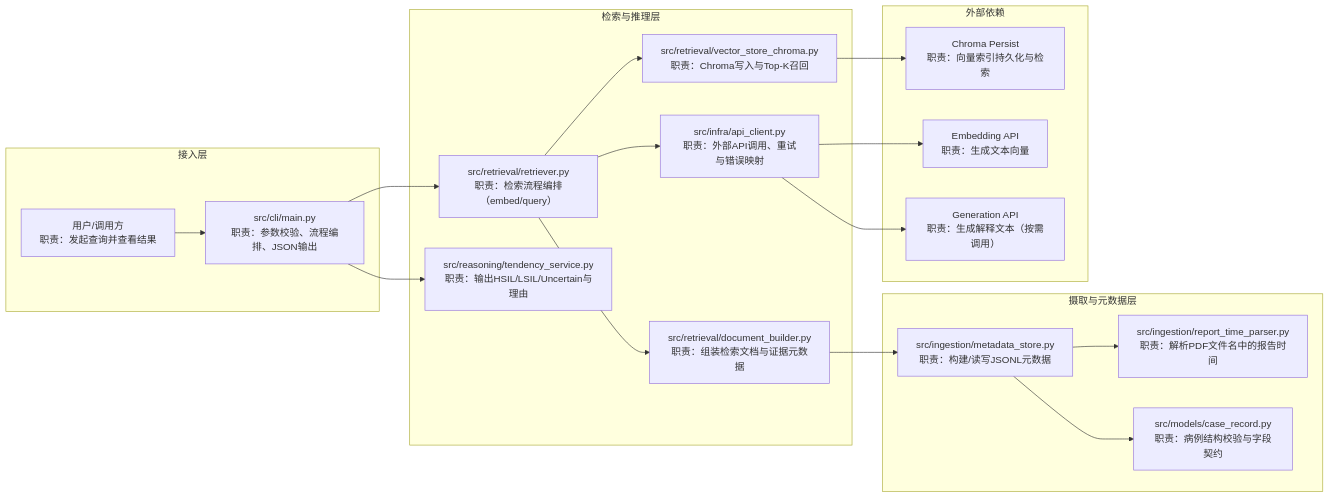
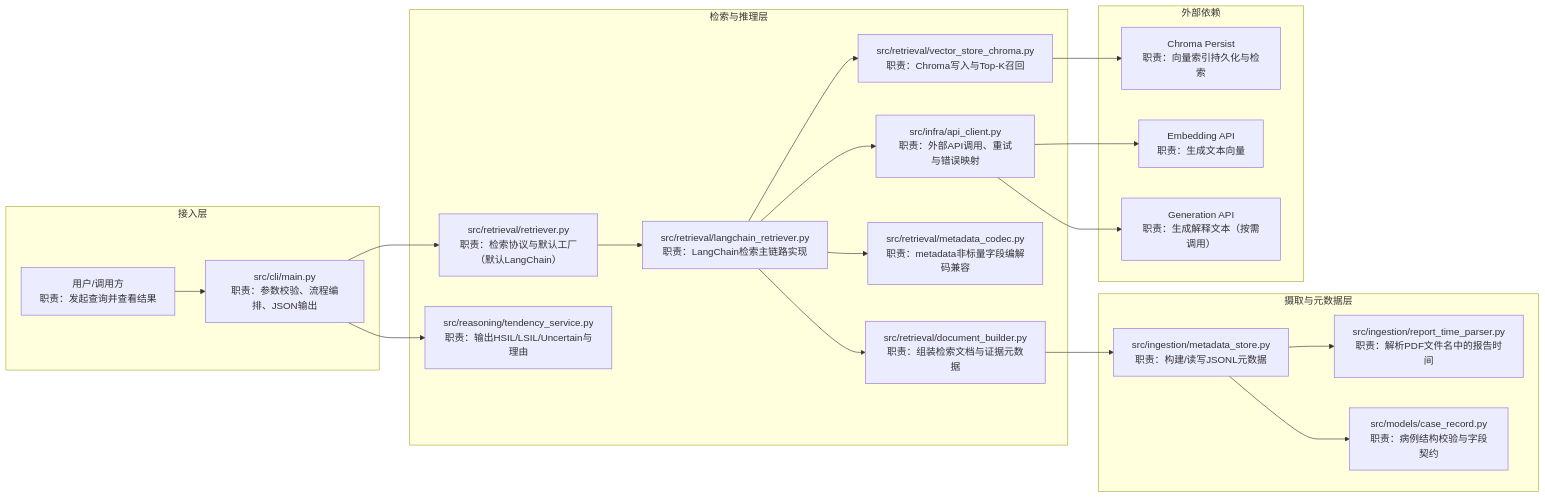
The first of 3 diagrams in memory-bank/architecture.md (d3f4w2/vibe_rag), drawn with Mermaid before and after one commit. The commit also changed other lines of this file and 12 other files, not shown here.

````diff
--- a/memory-bank/architecture.md
+++ b/memory-bank/architecture.md
@@ -50,40 +50,44 @@
 ```mermaid
 flowchart LR
     subgraph L0[接入层]
         U["用户/调用方<br/>职责：发起查询并查看结果"]
         CLI["src/cli/main.py<br/>职责：参数校验、流程编排、JSON输出"]
     end
 
     subgraph L1[检索与推理层]
-        RET["src/retrieval/retriever.py<br/>职责：检索流程编排（embed/query）"]
+        RET["src/retrieval/retriever.py<br/>职责：检索协议与默认工厂（默认LangChain）"]
+        LCRET["src/retrieval/langchain_retriever.py<br/>职责：LangChain检索主链路实现"]
         DOC["src/retrieval/document_builder.py<br/>职责：组装检索文档与证据元数据"]
         VS["src/retrieval/vector_store_chroma.py<br/>职责：Chroma写入与Top-K召回"]
+        CODEC["src/retrieval/metadata_codec.py<br/>职责：metadata非标量字段编解码兼容"]
         API["src/infra/api_client.py<br/>职责：外部API调用、重试与错误映射"]
         REASON["src/reasoning/tendency_service.py<br/>职责：输出HSIL/LSIL/Uncertain与理由"]
     end
 
     subgraph L2[摄取与元数据层]
         META["src/ingestion/metadata_store.py<br/>职责：构建/读写JSONL元数据"]
         PARSER["src/ingestion/report_time_parser.py<br/>职责：解析PDF文件名中的报告时间"]
         MODEL["src/models/case_record.py<br/>职责：病例结构校验与字段契约"]
     end
 
     subgraph EXT[外部依赖]
         CHROMA["Chroma Persist<br/>职责：向量索引持久化与检索"]
         EMBED_API["Embedding API<br/>职责：生成文本向量"]
         GEN_API["Generation API<br/>职责：生成解释文本（按需调用）"]
     end
 
     U --> CLI
     CLI --> RET
     CLI --> REASON
-    RET --> DOC
-    RET --> VS
-    RET --> API
+    RET --> LCRET
+    LCRET --> DOC
+    LCRET --> VS
+    LCRET --> CODEC
+    LCRET --> API
     DOC --> META
     META --> PARSER
     META --> MODEL
     VS --> CHROMA
     API --> EMBED_API
     API --> GEN_API
 ```
````
